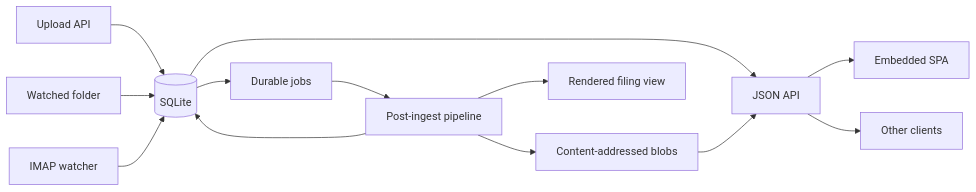
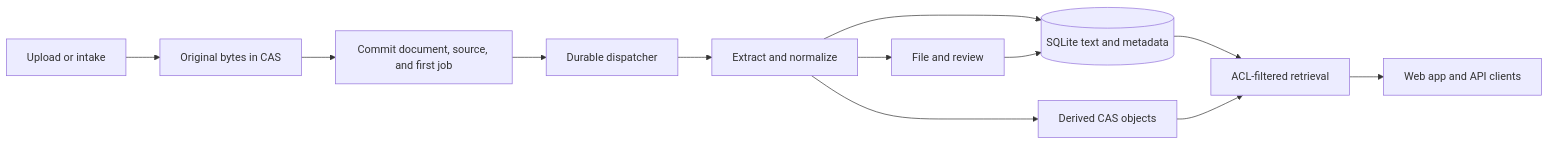
One commit to johnnybravo-xyz/suchi changed the diagram in docs/architecture.mdx. Above: the diagram before and after it, drawn with Mermaid. The commit also changed other lines of this file and 6 other files, not shown here.

First line of the commit message:
docs: make backend architecture agent-ready

````diff
--- a/docs/architecture.mdx
+++ b/docs/architecture.mdx
@@ -30,15 +59,14 @@
 ```mermaid
 flowchart LR
-  U[Upload API] --> D[(SQLite)]
-  F[Watched folder] --> D
-  M[IMAP watcher] --> D
-  D --> J[Durable jobs]
-  J --> P[Post-ingest pipeline]
-  P --> B[Content-addressed blobs]
-  P --> D
-  P --> R[Rendered filing view]
-  D --> A[JSON API]
-  B --> A
-  A --> S[Embedded SPA]
-  A --> C[Other clients]
+  I[Upload or intake] --> B[Original bytes in CAS]
+  B --> T[Commit document, source, and first job]
+  T --> J[Durable dispatcher]
+  J --> P[Extract and normalize]
+  P --> F[File and review]
+  P --> S[(SQLite text and metadata)]
+  P --> D[Derived CAS objects]
+  F --> S
+  S --> A[ACL-filtered retrieval]
+  D --> A
+  A --> C[Web app and API clients]
 ```
````
